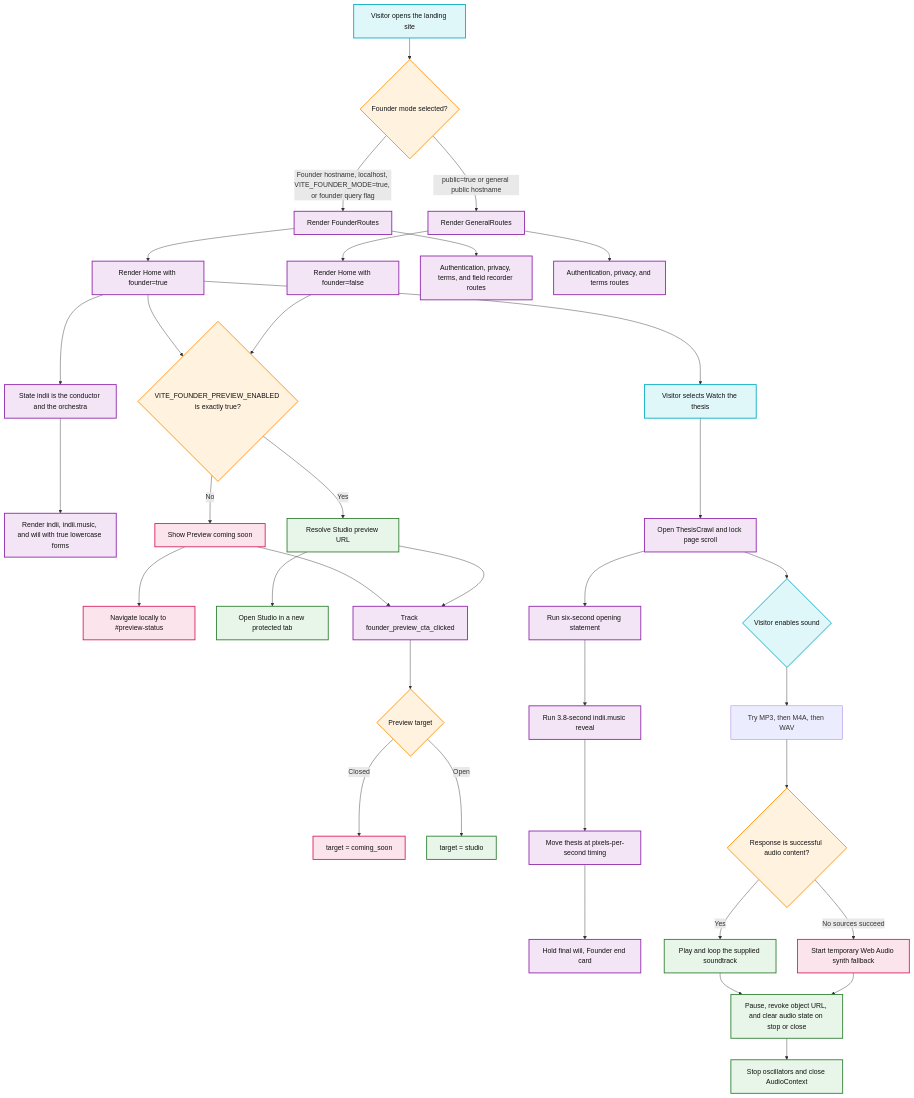
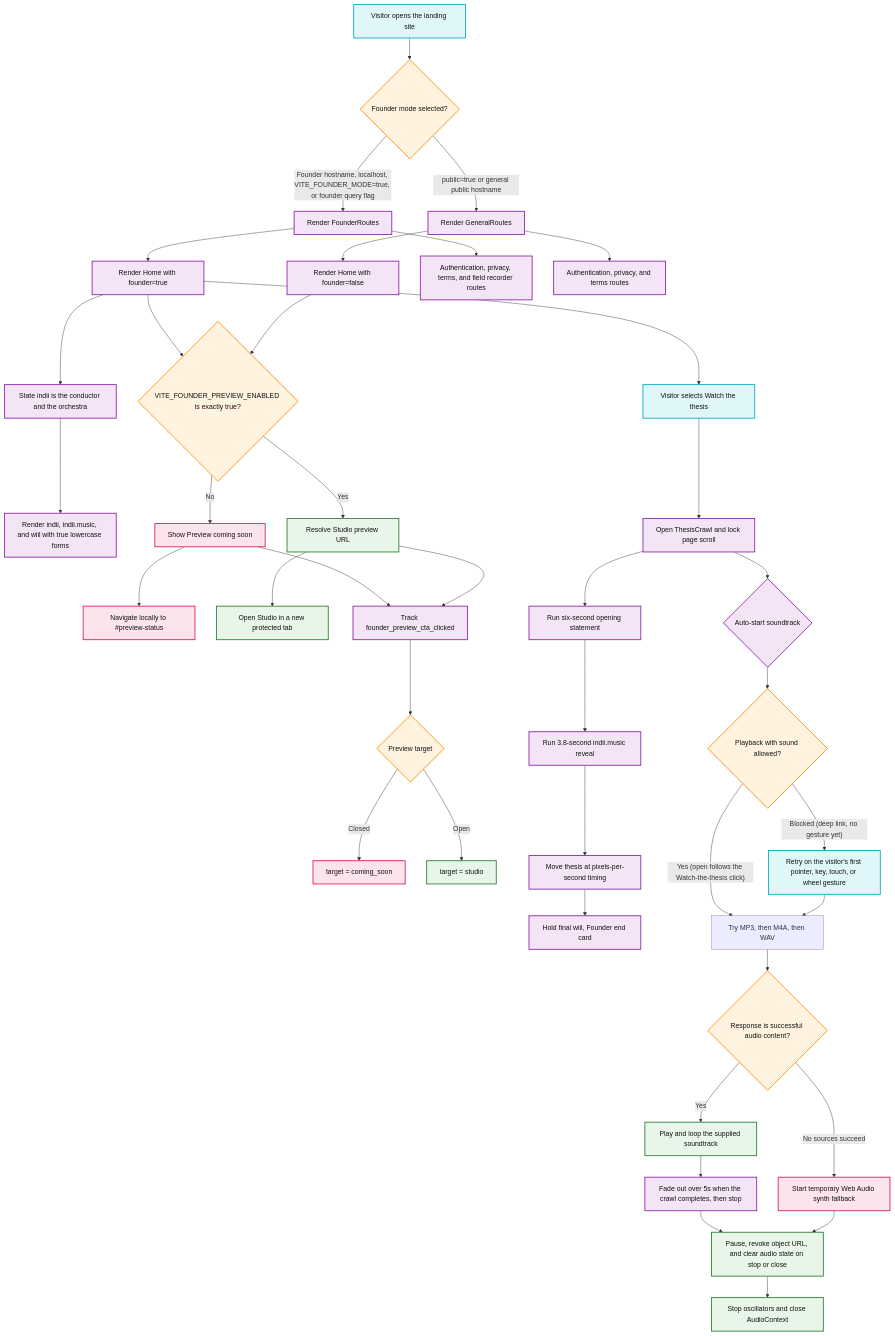
One commit to indii-music-founder/indii-music-founder changed the diagram in docs/flowcharts/founder-dynamic-routing.md. Above: the diagram before and after it, drawn with Mermaid. The commit also changed other lines of this file and 4 other files, not shown here.

First line of the commit message:
feat(landing): thesis soundtrack auto-start with Fader Fights Back and completion fade

````diff
--- a/docs/flowcharts/founder-dynamic-routing.md
+++ b/docs/flowcharts/founder-dynamic-routing.md
@@ -7,54 +7,58 @@
 ```mermaid
 flowchart TD
     Request["Visitor opens the landing site"] --> ModeGate{"Founder mode selected?"}
     ModeGate -->|"Founder hostname, localhost, VITE_FOUNDER_MODE=true, or founder query flag"| FounderRoutes["Render FounderRoutes"]
     ModeGate -->|"public=true or general public hostname"| GeneralRoutes["Render GeneralRoutes"]
 
     FounderRoutes --> FounderHome["Render Home with founder=true"]
     GeneralRoutes --> PublicHome["Render Home with founder=false"]
     FounderRoutes --> SharedRoutes["Authentication, privacy, terms, and field recorder routes"]
     GeneralRoutes --> PublicSharedRoutes["Authentication, privacy, and terms routes"]
 
     FounderHome --> PreviewGate{"VITE_FOUNDER_PREVIEW_ENABLED is exactly true?"}
     PublicHome --> PreviewGate
     FounderHome --> BrandPromise["State indii is the conductor and the orchestra"]
     BrandPromise --> ProtectedMarks["Render indii, indii.music, and wiil with true lowercase forms"]
     PreviewGate -->|No| ClosedCTA["Show Preview coming soon"]
     ClosedCTA --> StatusAnchor["Navigate locally to #preview-status"]
     PreviewGate -->|Yes| OpenCTA["Resolve Studio preview URL"]
     OpenCTA --> Studio["Open Studio in a new protected tab"]
 
     ClosedCTA --> Funnel["Track founder_preview_cta_clicked"]
     OpenCTA --> Funnel
     Funnel --> TargetLabel{"Preview target"}
     TargetLabel -->|Closed| ComingSoonTarget["target = coming_soon"]
     TargetLabel -->|Open| StudioTarget["target = studio"]
 
     FounderHome --> ThesisButton["Visitor selects Watch the thesis"]
     ThesisButton --> ThesisModal["Open ThesisCrawl and lock page scroll"]
     ThesisModal --> Intro["Run six-second opening statement"]
     Intro --> LogoReveal["Run 3.8-second indii.music reveal"]
     LogoReveal --> Crawl["Move thesis at pixels-per-second timing"]
     Crawl --> EndCard["Hold final wiil, Founder end card"]
 
-    ThesisModal --> AudioAction{"Visitor enables sound"}
-    AudioAction --> AudioCandidates["Try MP3, then M4A, then WAV"]
+    ThesisModal --> AudioAction{"Auto-start soundtrack"}
+    AudioAction --> AutoplayAllowed{"Playback with sound allowed?"}
+    AutoplayAllowed -->|"Yes (open follows the Watch-the-thesis click)"| AudioCandidates["Try MP3, then M4A, then WAV"]
+    AutoplayAllowed -->|"Blocked (deep link, no gesture yet)"| GestureRetry["Retry on the visitor's first pointer, key, touch, or wheel gesture"]
+    GestureRetry --> AudioCandidates
     AudioCandidates --> AudioValidation{"Response is successful audio content?"}
     AudioValidation -->|Yes| LoopTrack["Play and loop the supplied soundtrack"]
     AudioValidation -->|No sources succeed| SynthFallback["Start temporary Web Audio synth fallback"]
-    LoopTrack --> AudioCleanup["Pause, revoke object URL, and clear audio state on stop or close"]
+    LoopTrack --> CompletionFade["Fade out over 5s when the crawl completes, then stop"]
+    CompletionFade --> AudioCleanup["Pause, revoke object URL, and clear audio state on stop or close"]
     SynthFallback --> AudioCleanup
     AudioCleanup --> CloseContext["Stop oscillators and close AudioContext"]
 
     classDef user fill:#e0f7fa,stroke:#00acc1,stroke-width:2px,color:#111
     classDef logic fill:#f3e5f5,stroke:#8e24aa,stroke-width:2px,color:#111
     classDef gate fill:#fff3e0,stroke:#ff8f00,stroke-width:2px,color:#111
     classDef safe fill:#e8f5e9,stroke:#2e7d32,stroke-width:2px,color:#111
     classDef closed fill:#fce4ec,stroke:#d81b60,stroke-width:2px,color:#111
 
-    class Request,ThesisButton,AudioAction user
-    class FounderRoutes,GeneralRoutes,FounderHome,PublicHome,SharedRoutes,PublicSharedRoutes,BrandPromise,ProtectedMarks,ThesisModal,Intro,LogoReveal,Crawl,EndCard,Funnel logic
-    class ModeGate,PreviewGate,TargetLabel,AudioValidation gate
+    class Request,ThesisButton,GestureRetry user
+    class FounderRoutes,GeneralRoutes,FounderHome,PublicHome,SharedRoutes,PublicSharedRoutes,BrandPromise,ProtectedMarks,ThesisModal,Intro,LogoReveal,Crawl,EndCard,AudioAction,Funnel,CompletionFade logic
+    class ModeGate,PreviewGate,TargetLabel,AutoplayAllowed,AudioValidation gate
     class OpenCTA,Studio,StudioTarget,LoopTrack,AudioCleanup,CloseContext safe
     class ClosedCTA,StatusAnchor,ComingSoonTarget,SynthFallback closed
 ```
````
